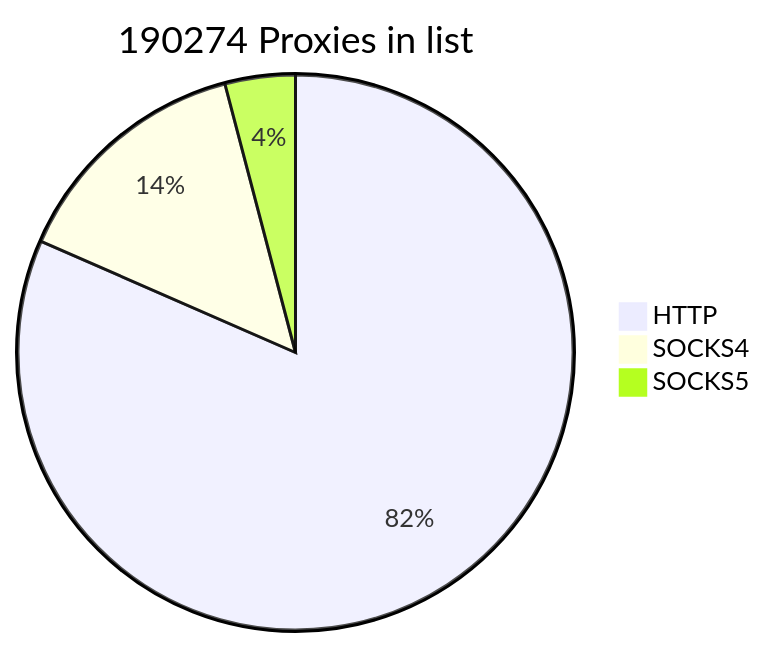
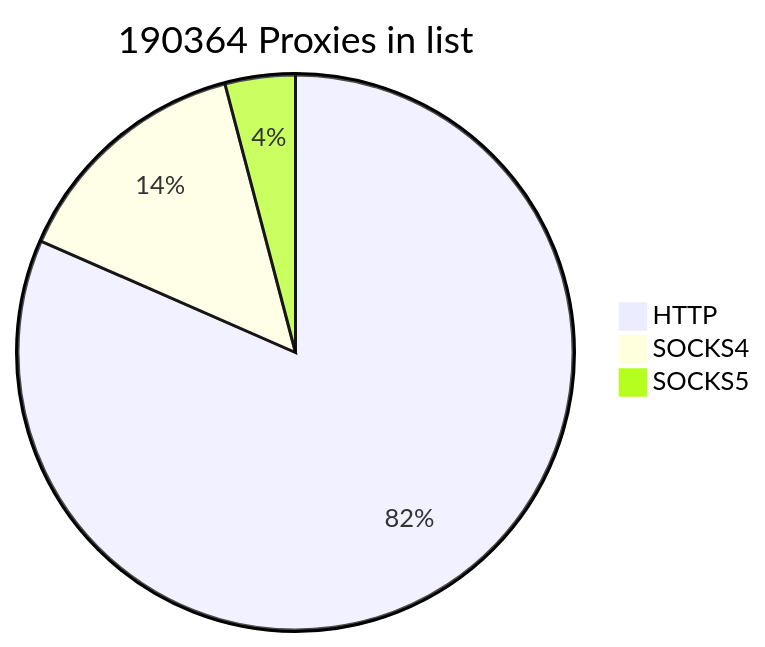
One commit to cutipu/proxylist changed the first of 2 diagrams in README.md. Above: the diagram before and after it, drawn with Mermaid. The commit also changed other lines of this file, not shown here.

````diff
--- a/README.md
+++ b/README.md
@@ -2,7 +2,7 @@
 ```mermaid
-pie title 190274 Proxies in list
-    "HTTP" : 155179
+pie title 190364 Proxies in list
+    "HTTP" : 155269
     "SOCKS4" : 27314
     "SOCKS5" : 7781
             
 ```
````
